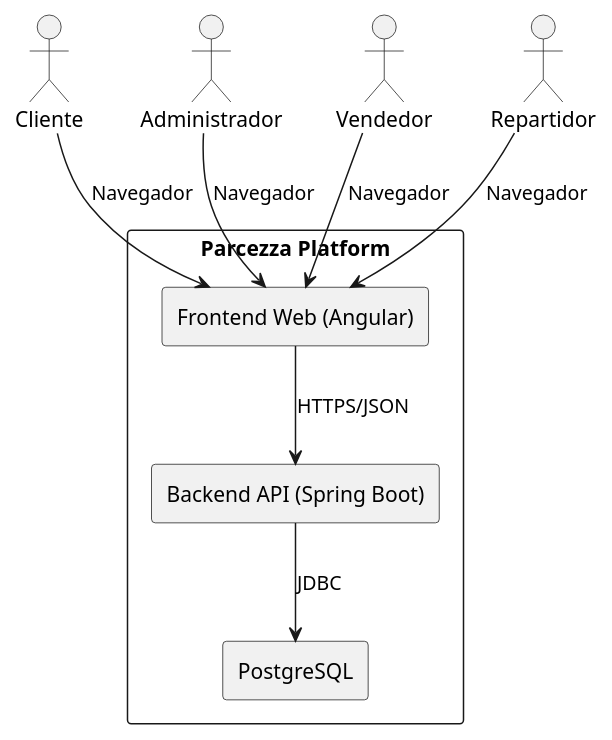
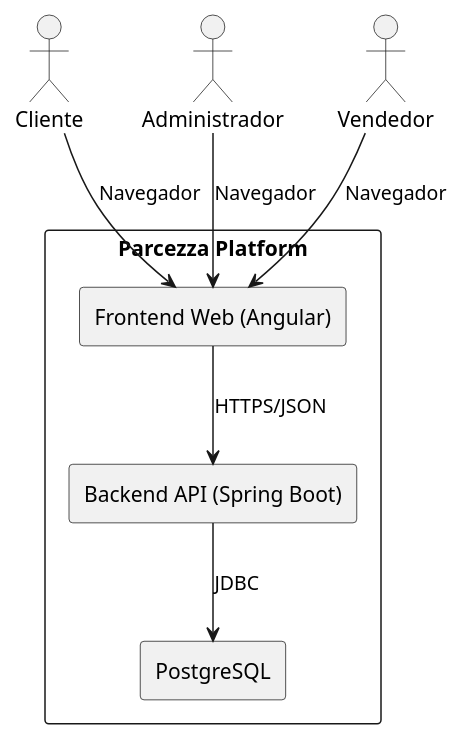
Before and after one commit to Nicolas-12000/parcezza: the diagram in docs/CONTEXT_DIAGRAM.md, drawn with PlantUML. The commit also changed 11 other files, not shown here.

````diff
--- a/docs/CONTEXT_DIAGRAM.md
+++ b/docs/CONTEXT_DIAGRAM.md
@@ -3,25 +3,23 @@
 ```plantuml
 @startuml
 skinparam componentStyle rectangle
 
 actor "Cliente" as Cliente
 actor "Administrador" as Admin
 actor "Vendedor" as Seller
-actor "Repartidor" as Courier
 
 rectangle "Parcezza Platform" as System {
   [Frontend Web (Angular)] as FE
   [Backend API (Spring Boot)] as BE
   [PostgreSQL] as DB
 }
 
 Cliente --> FE : Navegador
 Admin --> FE : Navegador
 Seller --> FE : Navegador
-Courier --> FE : Navegador
 
 FE --> BE : HTTPS/JSON
 BE --> DB : JDBC
 
 @enduml
 ```
````
